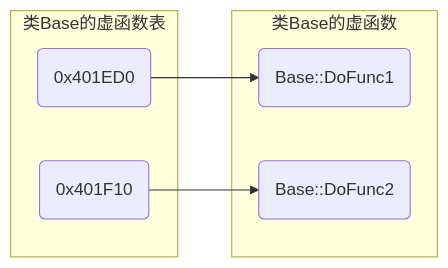
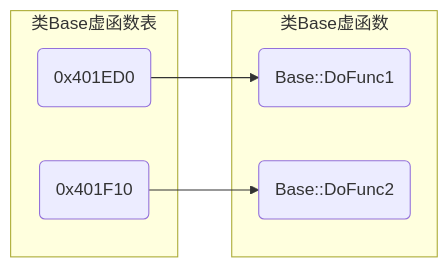
Before and after one commit to dmjcb/dmjcb.github.io: the first of 2 diagrams in _posts/Language/C&C++/C++/OOP/多态/2024-09-10-虚函数.md, drawn with Mermaid. The commit also changed other lines of this file and 74 other files, not shown here.

````diff
--- a/_posts/Language/C&C++/C++/OOP/多态/2024-09-10-虚函数.md
+++ b/_posts/Language/C&C++/C++/OOP/多态/2024-09-10-虚函数.md
@@ -83,15 +83,15 @@
 ```mermaid
 graph LR
-    subgraph 类Base的虚函数
+    subgraph 类Base虚函数
         A(Base::DoFunc1) 
         B(Base::DoFunc2)
     end
 
-    subgraph 类Base的虚函数表
+    subgraph 类Base虚函数表
         C(0x401ED0)
         D(0x401F10)
 
         C-->A
         D-->B
     end
 ```
````
